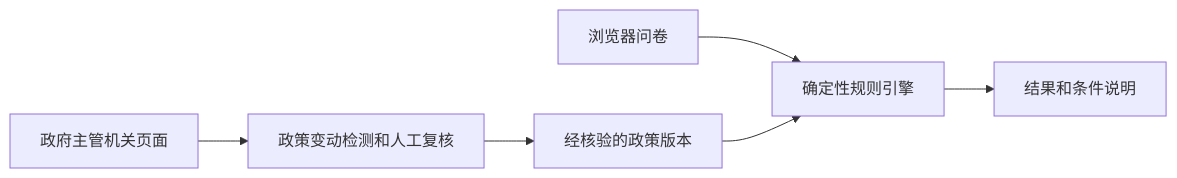
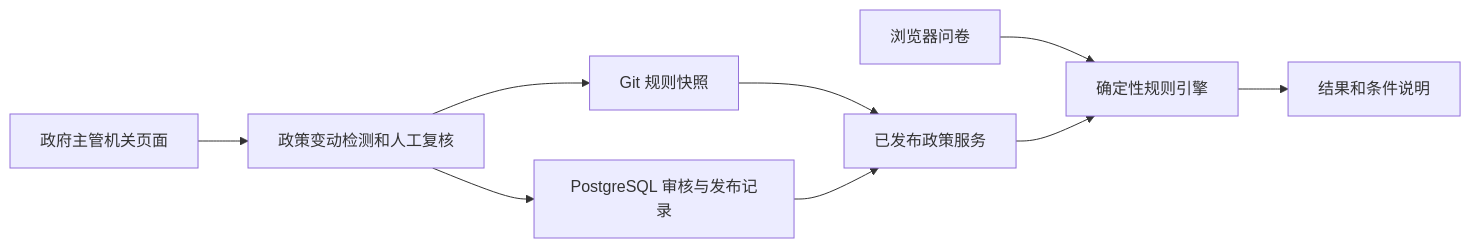
Before and after one commit to burtshann/global-visa-navigator: the diagram in docs/architecture.md, drawn with Mermaid. The commit also changed other lines of this file and 33 other files, not shown here.

````diff
--- a/docs/architecture.md
+++ b/docs/architecture.md
@@ -9,8 +13,11 @@
 ```mermaid
 flowchart LR
     A[浏览器问卷] --> C[确定性规则引擎]
-    B[经核验的政策版本] --> C
+    G[Git 规则快照] --> B[已发布政策服务]
+    P[PostgreSQL 审核与发布记录] --> B
+    B --> C
     C --> D[结果和条件说明]
     E[政府主管机关页面] --> F[政策变动检测和人工复核]
-    F --> B
+    F --> G
+    F --> P
 ```
````
